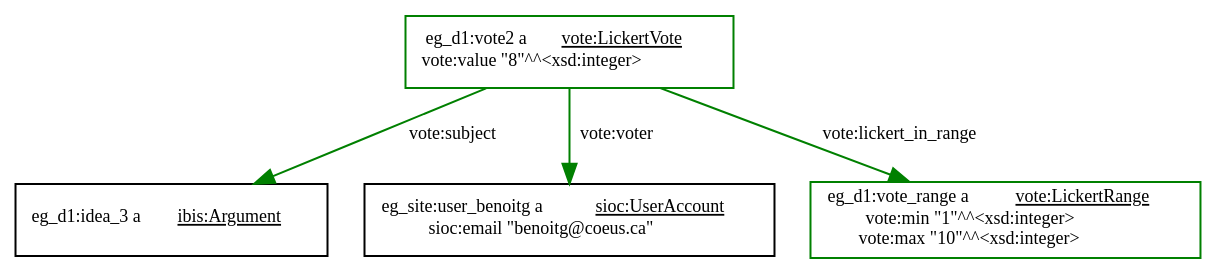
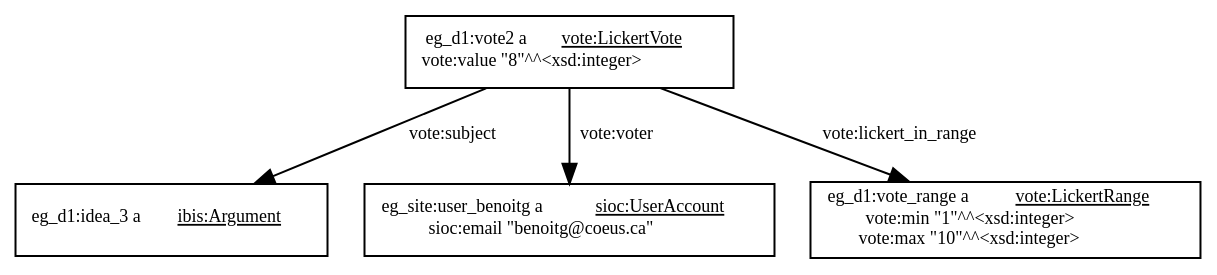
One commit to catalyst-fp7/documents changed diagram 14 of 16 in interoperability/interoperability.md. Above: the diagram before and after it, drawn with Graphviz. The commit also changed other lines of this file, not shown here.

Commit message:
some diagram changes

````diff
--- a/interoperability/interoperability.md
+++ b/interoperability/interoperability.md
@@ -667,24 +696,24 @@
 ```graphviz
 digraph g {
     graph [bgcolor="transparent", rankdir="TB", compound="true"];
     node [fillcolor=white, style=filled,  shape=record, fontsize=9];
     edge [fontsize=9];
     idea3 [label=<eg_d1:idea_3 a <U>ibis:Argument</U>>];
     user2 [label=<<table border='0' cellborder='0' cellpadding='0' cellspacing='0'>
         <tr><td>eg_site:user_benoitg a <U>sioc:UserAccount</U></td></tr>
         <tr><td>sioc:email "benoitg@coeus.ca"</td></tr>
         </table>>];
     vote2 [label=<<table border='0' cellborder='0' cellpadding='0' cellspacing='0'>
         <tr><td>eg_d1:vote2 a <U>vote:LickertVote</U></td></tr>
         <tr><td>vote:value "8"^^&lt;xsd:integer&gt;</td></tr>
-    </table>>, color="green"];
+    </table>>];
     vote_range [label=<<table border='0' cellborder='0' cellpadding='0' cellspacing='0'>
         <tr><td>eg_d1:vote_range a <U>vote:LickertRange</U></td></tr>
         <tr><td>vote:min "1"^^&lt;xsd:integer&gt;</td></tr>
         <tr><td>vote:max "10"^^&lt;xsd:integer&gt;</td></tr>
-    </table>>, color="green"];
-    vote2->idea3 [label="vote:subject", color="green"];
-    vote2->user2 [label="vote:voter", color="green"];
-    vote2->vote_range [label="vote:lickert_in_range", color="green"];
+    </table>>];
+    vote2->idea3 [label="vote:subject"];
+    vote2->user2 [label="vote:voter"];
+    vote2->vote_range [label="vote:lickert_in_range"];
 }
 ```
````
